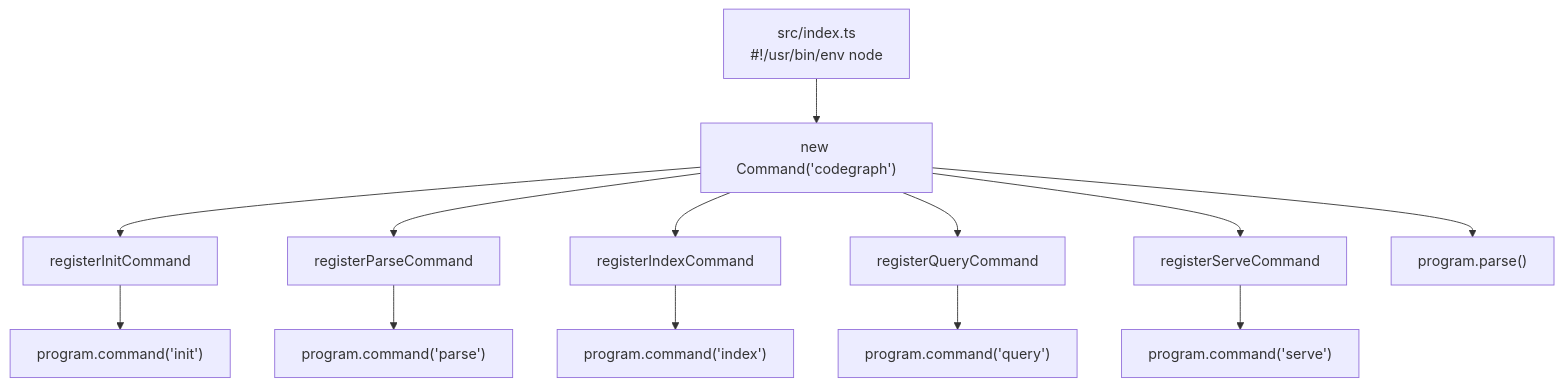
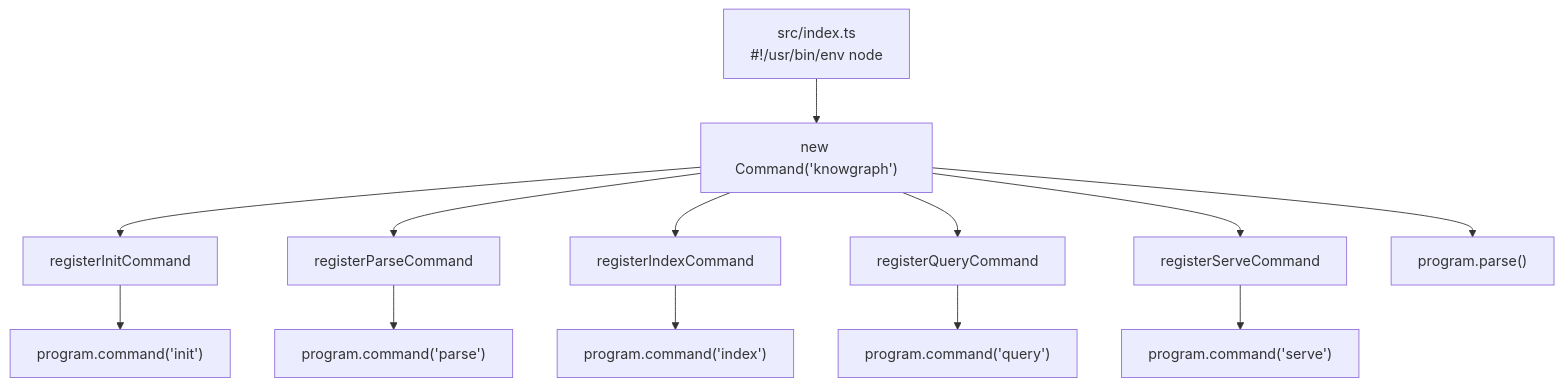
Before and after one commit to idosams/know-know: the first of 7 diagrams in docs/cli/README.md, drawn with Mermaid. The commit also changed other lines of this file and 107 other files, not shown here.

First line of the commit message:
refactor: rename codegraph to knowgraph across entire project (#8)

````diff
--- a/docs/cli/README.md
+++ b/docs/cli/README.md
@@ -45,15 +45,15 @@
 ```mermaid
 graph TD
-    A["src/index.ts<br/>#!/usr/bin/env node"] --> B["new Command('codegraph')"]
+    A["src/index.ts<br/>#!/usr/bin/env node"] --> B["new Command('knowgraph')"]
     B --> C["registerInitCommand"]
     B --> D["registerParseCommand"]
     B --> E["registerIndexCommand"]
     B --> F["registerQueryCommand"]
     B --> G["registerServeCommand"]
     C --> H["program.command('init')"]
     D --> I["program.command('parse')"]
     E --> J["program.command('index')"]
     F --> K["program.command('query')"]
     G --> L["program.command('serve')"]
     B --> M["program.parse()"]
 ```
````
